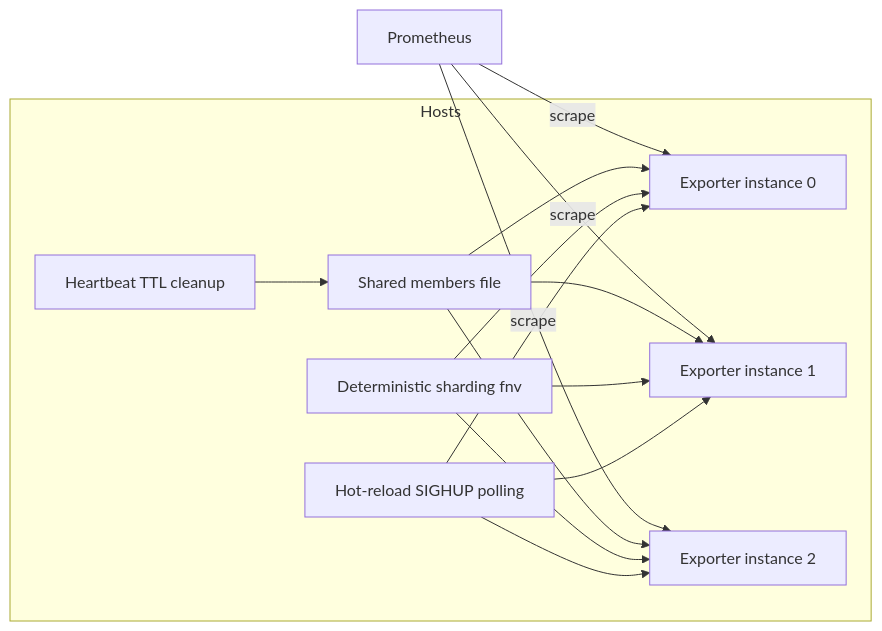
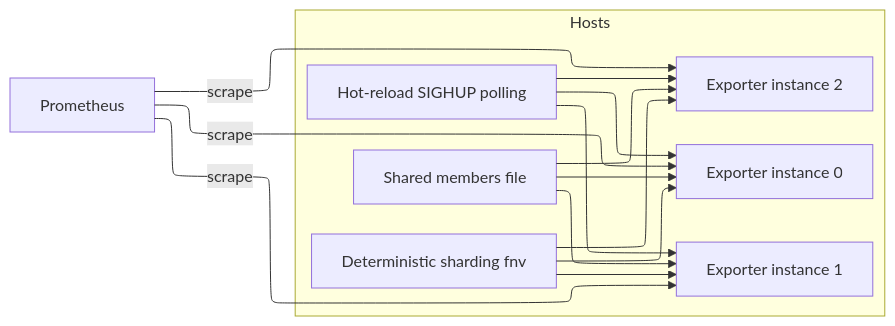
Before and after one commit to jangrui/multicloud-exporter: the second of 2 diagrams in docs/architecture.md, drawn with Mermaid. The commit also changed other lines of this file and 43 other files, not shown here.

````diff
--- a/docs/architecture.md
+++ b/docs/architecture.md
@@ -74,31 +79,34 @@
 ```mermaid
+---
+config:
+  theme: mc
+  layout: elk
+---
 graph LR
   subgraph Hosts
     I0[Exporter instance 0]
     I1[Exporter instance 1]
     I2[Exporter instance 2]
     FILE[Shared members file]
     SHARD[Deterministic sharding fnv]
-    HB[Heartbeat TTL cleanup]
     HR[Hot-reload SIGHUP polling]
   end
 
   PROM[Prometheus]
 
   PROM -- scrape --> I0
   PROM -- scrape --> I1
   PROM -- scrape --> I2
 
   FILE --> I0
   FILE --> I1
   FILE --> I2
 
   SHARD --> I0
   SHARD --> I1
   SHARD --> I2
 
-  HB --> FILE
   HR --> I0
   HR --> I1
   HR --> I2
 ```
````
